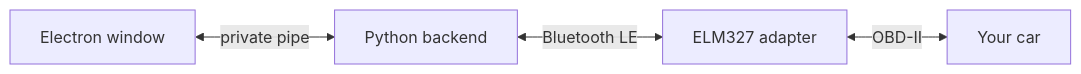
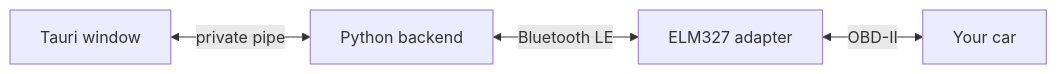
The second of 2 diagrams in README.md (alequab/Fahis), drawn with Mermaid before and after one commit. The commit also changed other lines of this file and 26 other files, not shown here.

First line of the commit message:
Switch the window from Electron to Tauri, and add a read-only ECU explorer

````diff
--- a/README.md
+++ b/README.md
@@ -354,6 +357,6 @@
 ```mermaid
 flowchart LR
-    A["Electron window"] <-- "private pipe" --> B["Python backend"]
+    A["Tauri window"] <-- "private pipe" --> B["Python backend"]
     B <-- "Bluetooth LE" --> C["ELM327 adapter"]
     C <-- "OBD-II" --> D["Your car"]
 ```
````
